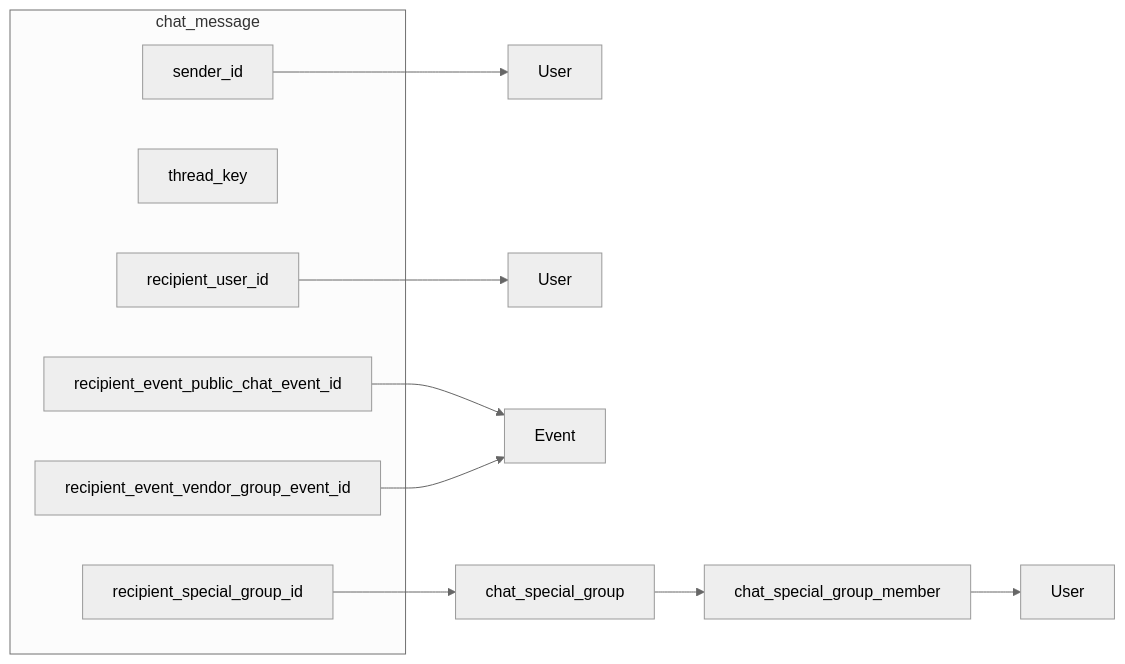
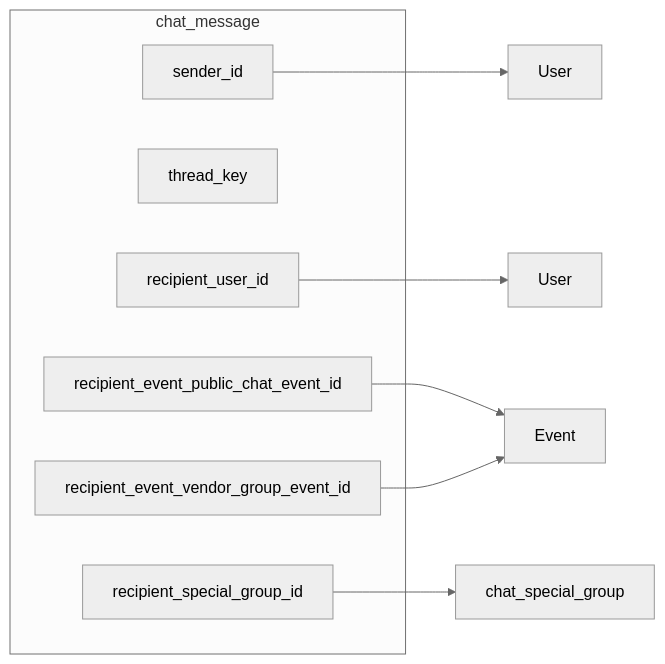
Before and after one commit to aakarshika/outgoing: the diagram in docs/chat-backend-redesign.md, drawn with Mermaid (neutral theme). The commit also changed other lines of this file and 63 other files, not shown here.

````diff
--- a/docs/chat-backend-redesign.md
+++ b/docs/chat-backend-redesign.md
@@ -77,18 +95,16 @@
 ```mermaid
 flowchart LR
   subgraph msg [chat_message]
     sender[sender_id]
     tk[thread_key]
     ru[recipient_user_id]
     ep[recipient_event_public_chat_event_id]
     ev[recipient_event_vendor_group_event_id]
     sg[recipient_special_group_id]
   end
   sender --> User
   ru --> Peer[User]
   ep --> Event
   ev --> Event
   sg --> Group[chat_special_group]
-  Group --> members[chat_special_group_member]
-  members --> MemberUser[User]
 ```
````
